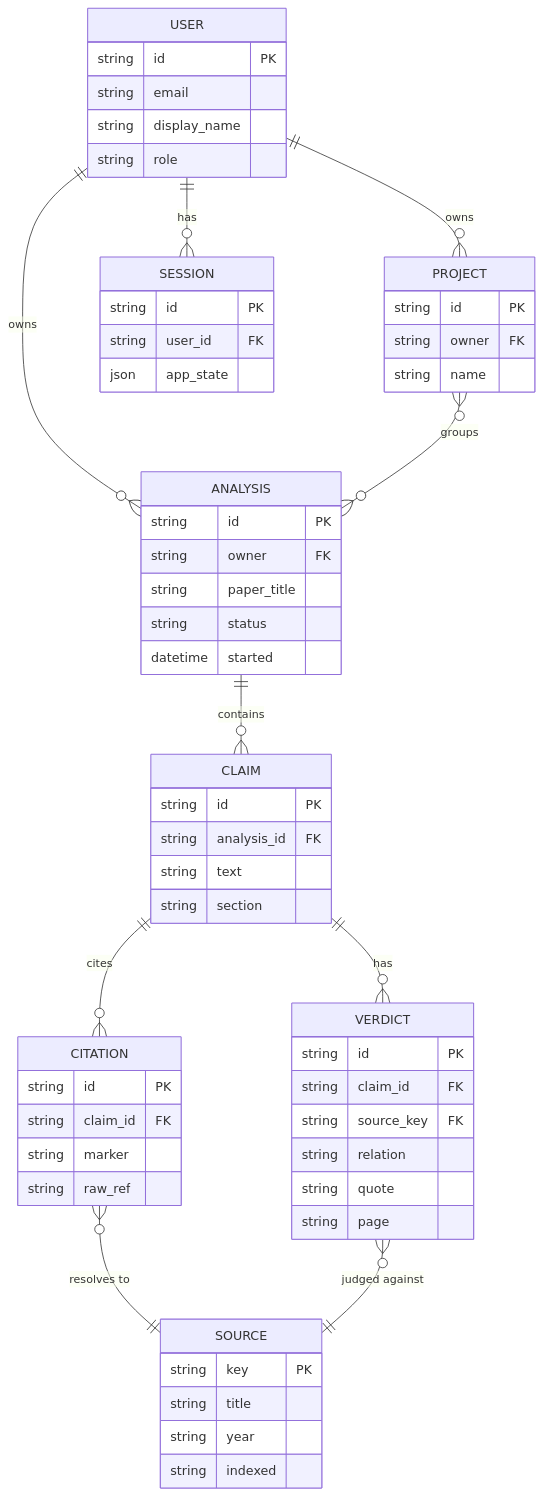
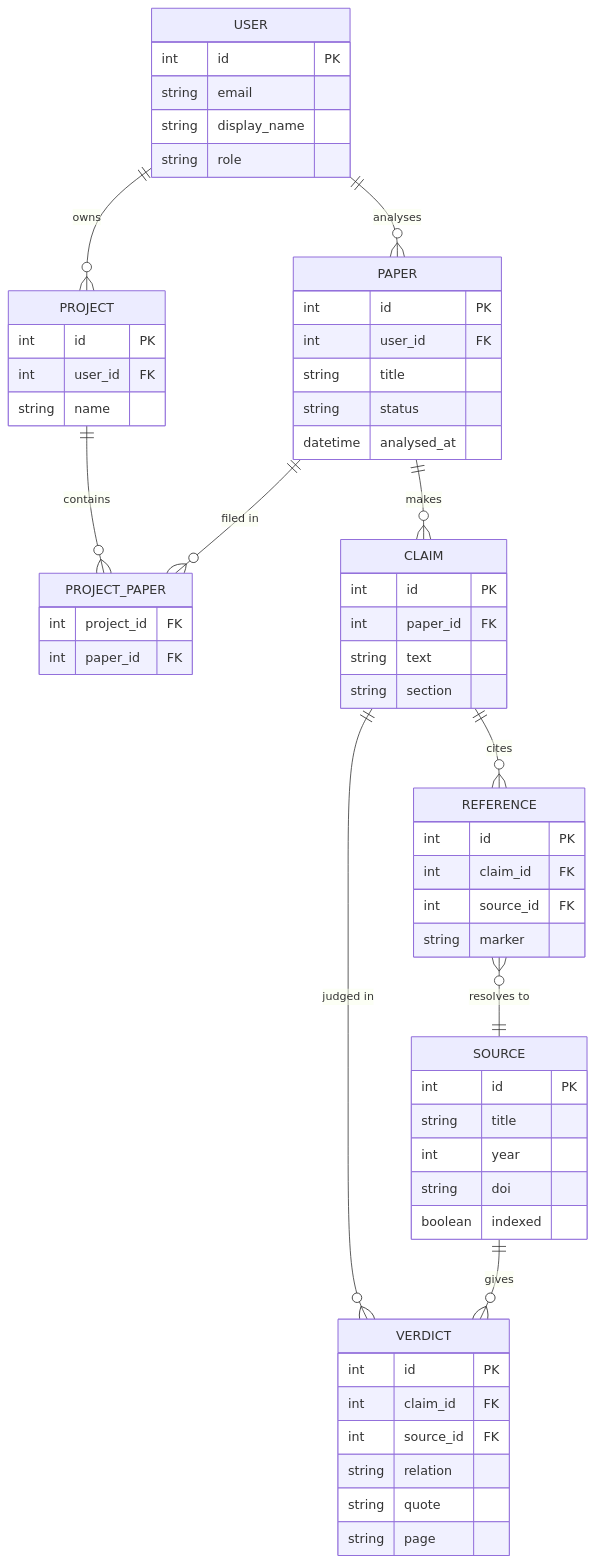
Before and after one commit to ZenithGeeks/SecretSource-prototype: the third of 9 diagrams in docs/diagrams.md, drawn with Mermaid. The commit also changed other lines of this file and 10 other files, not shown here.

First line of the commit message:
docs: normalize the ER diagram and add the full project diagram set

````diff
--- a/docs/diagrams.md
+++ b/docs/diagrams.md
@@ -39,62 +84,62 @@
 ```mermaid
 erDiagram
-  USER ||--o{ ANALYSIS : owns
+  USER ||--o{ PAPER : analyses
   USER ||--o{ PROJECT : owns
-  USER ||--o{ SESSION : has
-  PROJECT }o--o{ ANALYSIS : groups
-  ANALYSIS ||--o{ CLAIM : contains
-  CLAIM ||--o{ CITATION : cites
-  CLAIM ||--o{ VERDICT : has
-  CITATION }o--|| SOURCE : "resolves to"
-  VERDICT }o--|| SOURCE : "judged against"
+  PROJECT ||--o{ PROJECT_PAPER : contains
+  PAPER ||--o{ PROJECT_PAPER : "filed in"
+  PAPER ||--o{ CLAIM : makes
+  CLAIM ||--o{ REFERENCE : cites
+  REFERENCE }o--|| SOURCE : "resolves to"
+  CLAIM ||--o{ VERDICT : "judged in"
+  SOURCE ||--o{ VERDICT : gives
 
   USER {
-    string id PK
+    int id PK
     string email
     string display_name
     string role
   }
-  ANALYSIS {
-    string id PK
-    string owner FK
-    string paper_title
+  PAPER {
+    int id PK
+    int user_id FK
+    string title
     string status
-    datetime started
+    datetime analysed_at
+  }
+  PROJECT {
+    int id PK
+    int user_id FK
+    string name
+  }
+  PROJECT_PAPER {
+    int project_id FK
+    int paper_id FK
   }
   CLAIM {
-    string id PK
-    string analysis_id FK
+    int id PK
+    int paper_id FK
     string text
     string section
   }
-  CITATION {
-    string id PK
-    string claim_id FK
+  REFERENCE {
+    int id PK
+    int claim_id FK
+    int source_id FK
     string marker
-    string raw_ref
+  }
+  SOURCE {
+    int id PK
+    string title
+    int year
+    string doi
+    boolean indexed
   }
   VERDICT {
-    string id PK
-    string claim_id FK
-    string source_key FK
+    int id PK
+    int claim_id FK
+    int source_id FK
     string relation
     string quote
     string page
   }
-  SOURCE {
-    string key PK
-    string title
-    string year
-    string indexed
-  }
-  PROJECT {
-    string id PK
-    string owner FK
-    string name
-  }
-  SESSION {
-    string id PK
-    string user_id FK
-    json app_state
-  }
 ```
````
